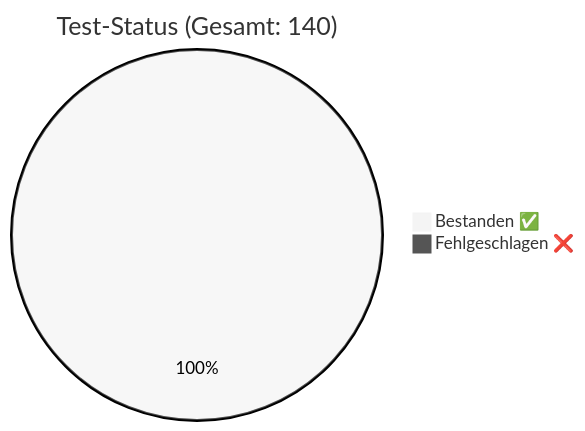
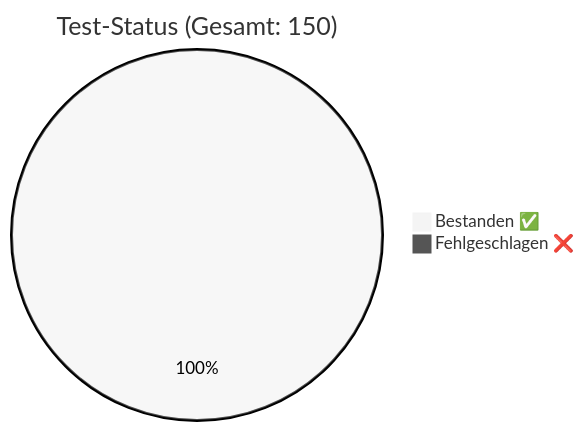
Before and after one commit to rorila/GCS: the diagram in docs/QA_Report.md, drawn with Mermaid (neutral theme). The commit also changed other lines of this file and 9 other files, not shown here.

````diff
--- a/docs/QA_Report.md
+++ b/docs/QA_Report.md
@@ -7,5 +7,5 @@
 ```mermaid
-pie title Test-Status (Gesamt: 140)
-    "Bestanden ✅" : 140
+pie title Test-Status (Gesamt: 150)
+    "Bestanden ✅" : 150
     "Fehlgeschlagen ❌" : 0
 ```
````
